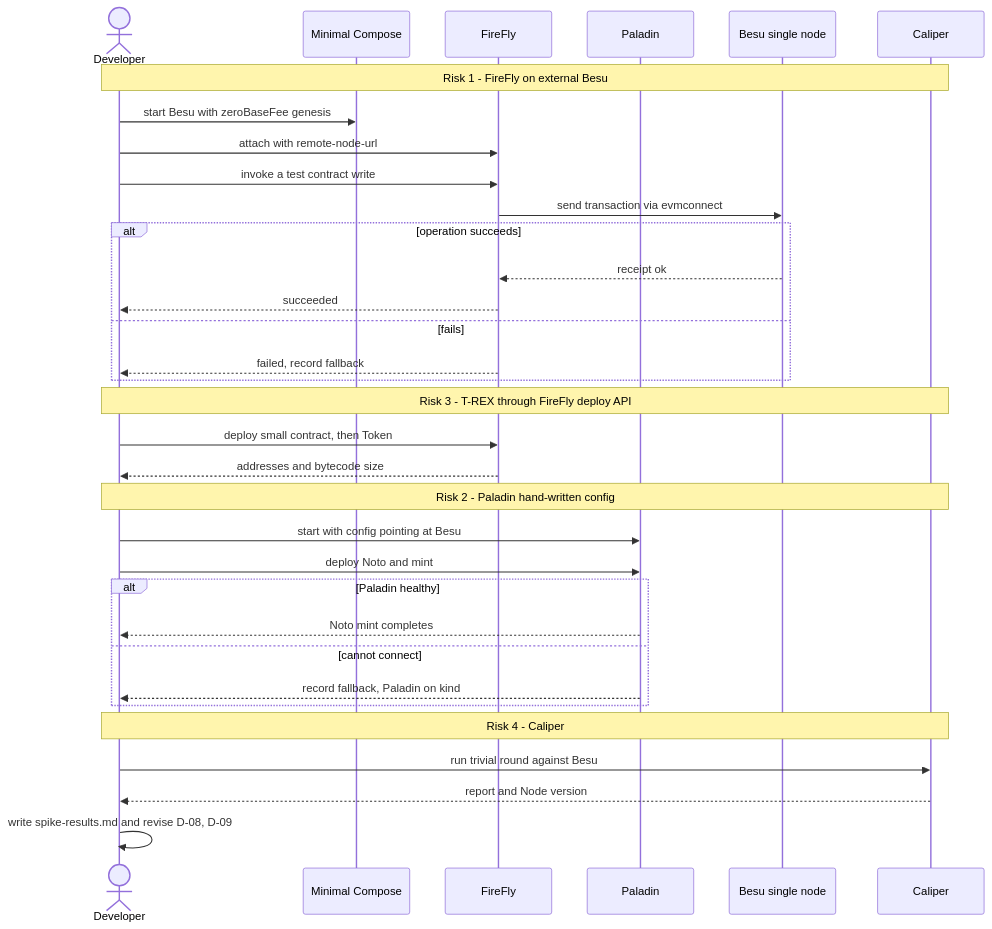
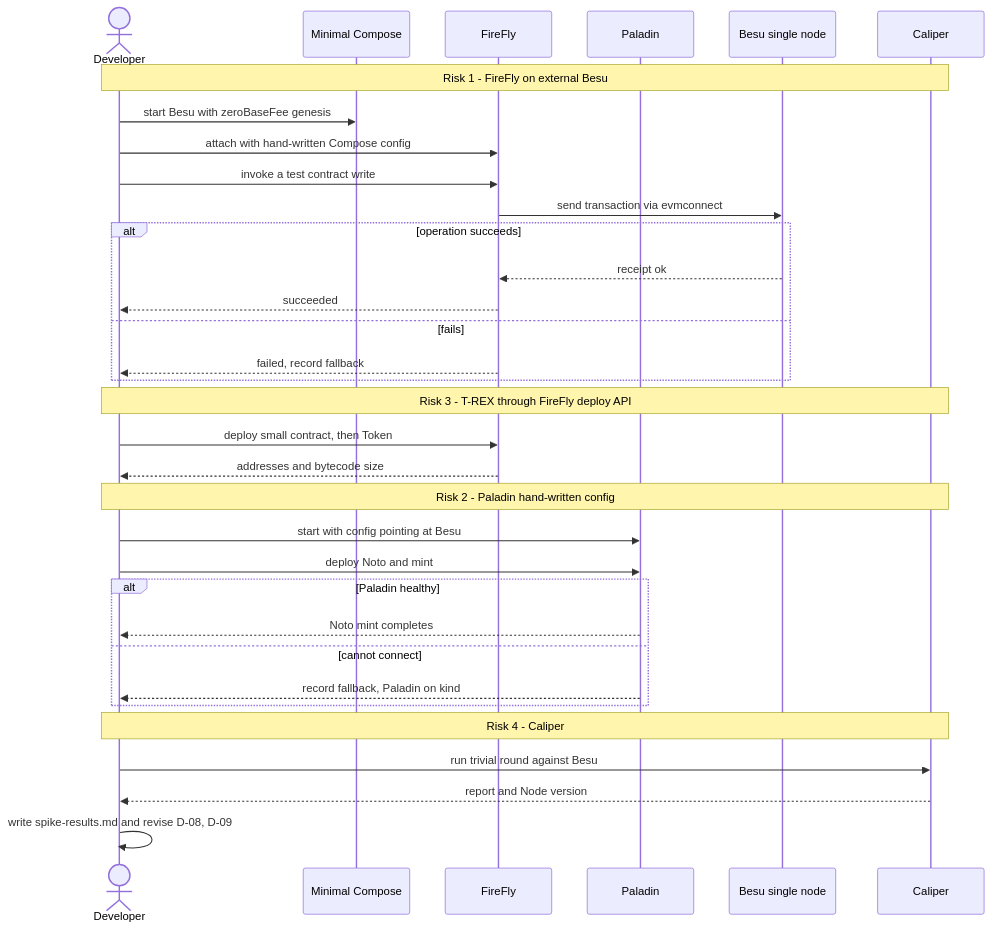
The first of 11 diagrams in docs/use-cases.md (hohowin/besu-with-firefly), drawn with Mermaid before and after one commit. The commit also changed other lines of this file and 5 other files, not shown here.

````diff
--- a/docs/use-cases.md
+++ b/docs/use-cases.md
@@ -35,40 +35,40 @@
 ```mermaid
 sequenceDiagram
     actor Dev as Developer
     participant SB as Minimal Compose
     participant FF as FireFly
     participant PA as Paladin
     participant BS as Besu single node
     participant CAL as Caliper
 
     Note over Dev,CAL: Risk 1 - FireFly on external Besu
     Dev->>SB: start Besu with zeroBaseFee genesis
-    Dev->>FF: attach with remote-node-url
+    Dev->>FF: attach with hand-written Compose config
     Dev->>FF: invoke a test contract write
     FF->>BS: send transaction via evmconnect
     alt operation succeeds
         BS-->>FF: receipt ok
         FF-->>Dev: succeeded
     else fails
         FF-->>Dev: failed, record fallback
     end
 
     Note over Dev,CAL: Risk 3 - T-REX through FireFly deploy API
     Dev->>FF: deploy small contract, then Token
     FF-->>Dev: addresses and bytecode size
 
     Note over Dev,CAL: Risk 2 - Paladin hand-written config
     Dev->>PA: start with config pointing at Besu
     Dev->>PA: deploy Noto and mint
     alt Paladin healthy
         PA-->>Dev: Noto mint completes
     else cannot connect
         PA-->>Dev: record fallback, Paladin on kind
     end
 
     Note over Dev,CAL: Risk 4 - Caliper
     Dev->>CAL: run trivial round against Besu
     CAL-->>Dev: report and Node version
 
     Dev->>Dev: write spike-results.md and revise D-08, D-09
 ```
````
